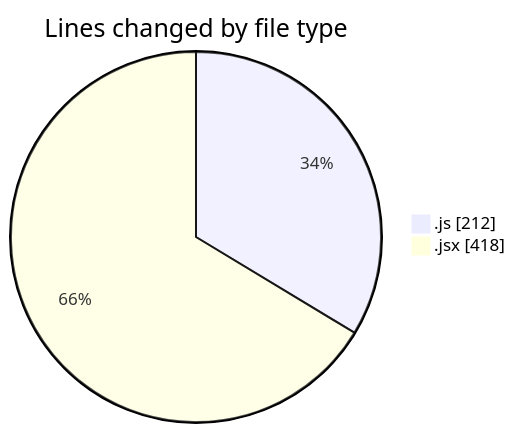
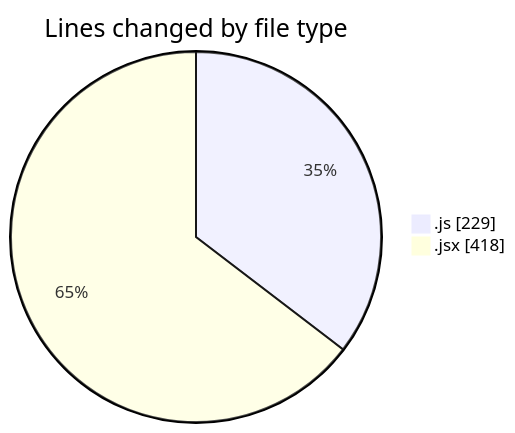
The first of 2 diagrams in 2025-05-29/nxtqube_webapp/README.md (nxtqubesakshisongat/code-tracking), drawn with Mermaid before and after one commit. The commit also changed other lines of this file and 1 other file, not shown here.

````diff
--- a/2025-05-29/nxtqube_webapp/README.md
+++ b/2025-05-29/nxtqube_webapp/README.md
@@ -24,6 +24,6 @@
 ```mermaid
 pie showData
 title Lines changed by file type
-".js" : 212
+".js" : 229
 ".jsx" : 418
 ```
````
